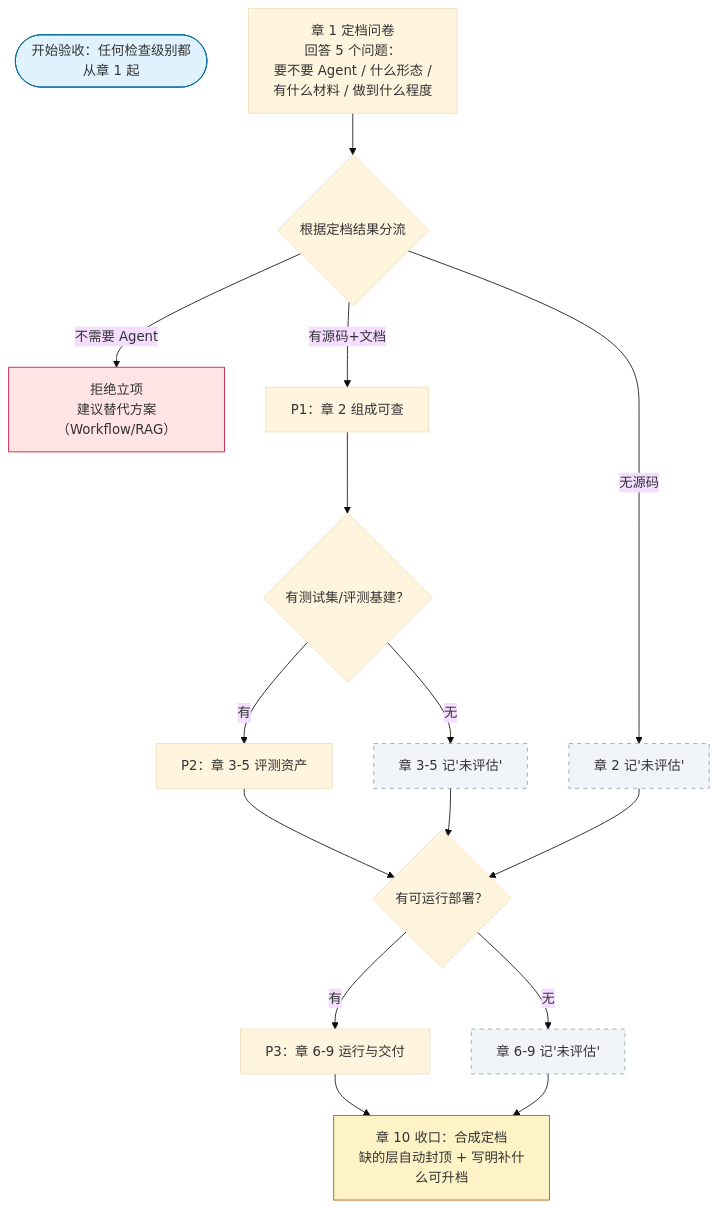
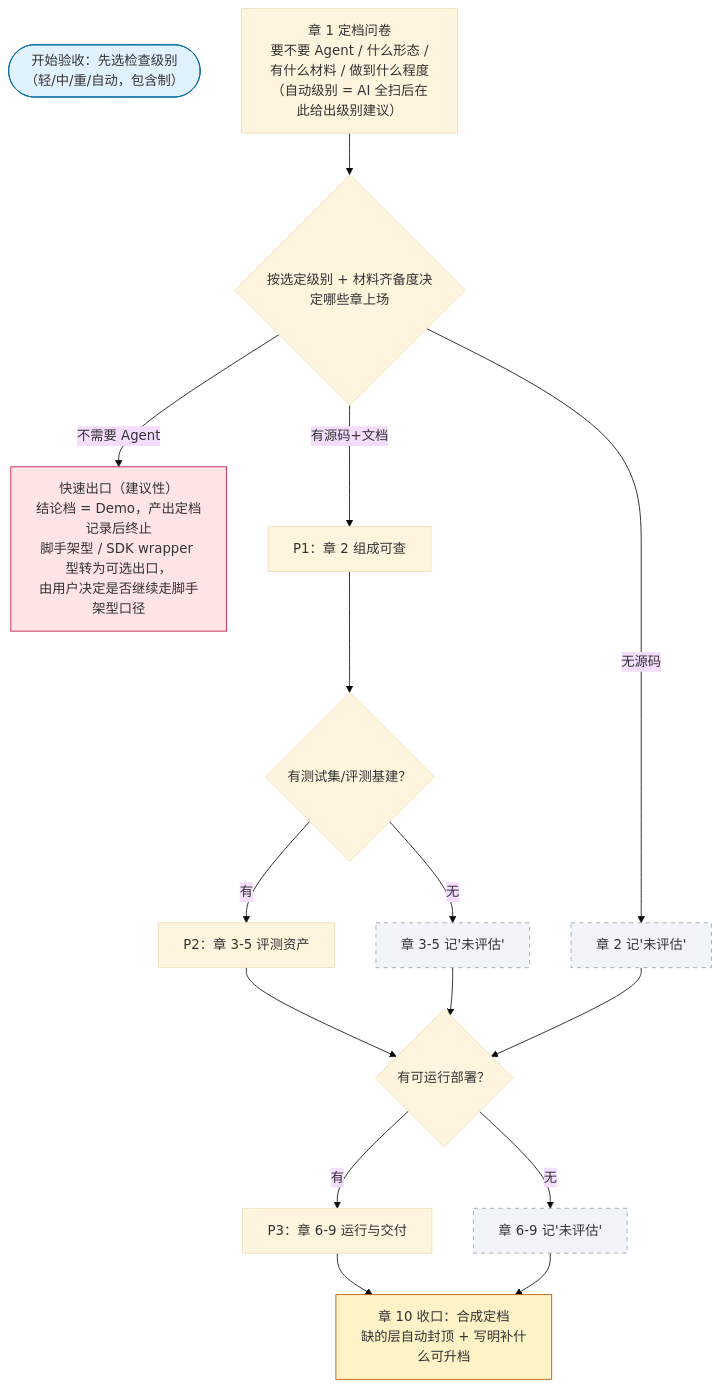
The second of 6 diagrams in docs/01-项目结构与流程图.md (LPK3215/agent-acceptance), drawn with Mermaid (base theme) before and after one commit. The commit also changed other lines of this file and 16 other files, not shown here.

````diff
--- a/docs/01-项目结构与流程图.md
+++ b/docs/01-项目结构与流程图.md
@@ -32,34 +32,34 @@
 ```mermaid
 flowchart TD
-    START(["开始验收：任何检查级别都从章 1 起"]) 
-    CH1["章 1 定档问卷<br/>回答 5 个问题：<br/>要不要 Agent / 什么形态 /<br/>有什么材料 / 做到什么程度"]
-    DECIDE{"根据定档结果分流"}
+    START(["开始验收：先选检查级别（轻/中/重/自动，包含制）"]) 
+    CH1["章 1 定档问卷<br/>要不要 Agent / 什么形态 /<br/>有什么材料 / 做到什么程度<br/>（自动级别 = AI 全扫后在此给出级别建议）"]
+    DECIDE{"按选定级别 + 材料齐备度决定哪些章上场"}
 
     CH1 --> DECIDE
 
-    DECIDE -->|"不需要 Agent"| REJECT["拒绝立项<br/>建议替代方案（Workflow/RAG）"]
+    DECIDE -->|"不需要 Agent"| REJECT["快速出口（建议性）<br/>结论档 = Demo，产出定档记录后终止<br/>脚手架型 / SDK wrapper 型转为可选出口，<br/>由用户决定是否继续走脚手架型口径"]
 
     DECIDE -->|"有源码+文档"| P1["P1：章 2 组成可查"]
     DECIDE -->|"无源码"| SKIP1["章 2 记'未评估'"]
 
     P1 --> DECIDE2{"有测试集/评测基建？"}
     DECIDE2 -->|"有"| P2["P2：章 3-5 评测资产"]
     DECIDE2 -->|"无"| SKIP2["章 3-5 记'未评估'"]
 
     P2 --> DECIDE3{"有可运行部署？"}
     DECIDE3 -->|"有"| P3["P3：章 6-9 运行与交付"]
     DECIDE3 -->|"无"| SKIP3["章 6-9 记'未评估'"]
 
     SKIP1 --> DECIDE3
     SKIP2 --> DECIDE3
 
     P3 --> FINAL["章 10 收口：合成定档<br/>缺的层自动封顶 + 写明补什么可升档"]
     SKIP3 --> FINAL
 
     style START fill:#e0f2fe,stroke:#0369a1
     style REJECT fill:#ffe4e6,stroke:#be123c
     style FINAL fill:#fef3c7,stroke:#b45309
     style SKIP1 fill:#f1f5f9,stroke:#94a3b8,stroke-dasharray: 5 5
     style SKIP2 fill:#f1f5f9,stroke:#94a3b8,stroke-dasharray: 5 5
     style SKIP3 fill:#f1f5f9,stroke:#94a3b8,stroke-dasharray: 5 5
 ```
````
